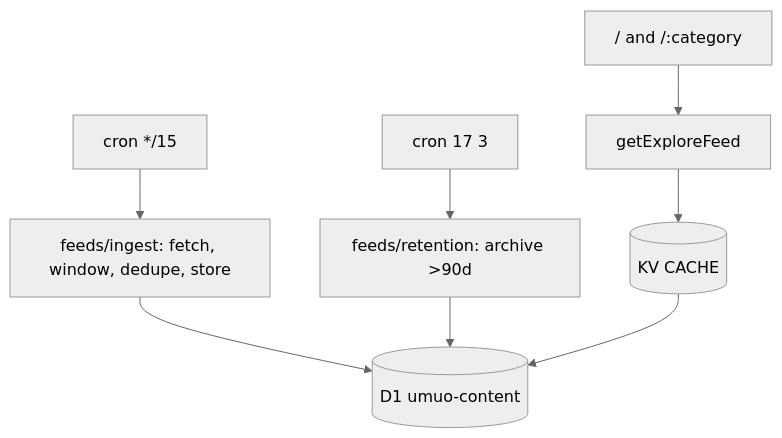
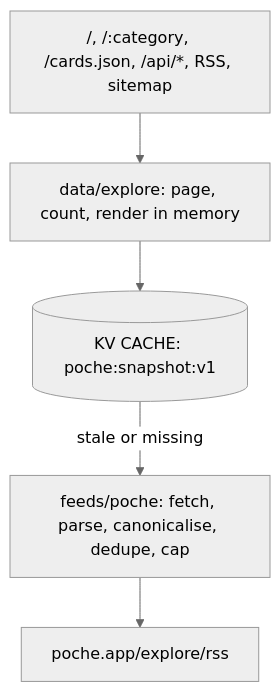
Before and after one commit to youming-ai/ai: the diagram in AGENTS.md, drawn with Mermaid (neutral theme). The commit also changed other lines of this file and 83 other files, not shown here.

First line of the commit message:
refactor: drop D1 and serve Poche Explore from one KV snapshot (#185)

````diff
--- a/AGENTS.md
+++ b/AGENTS.md
@@ -11,9 +11,7 @@
 ```mermaid
 graph TD
-  Cron["cron */15"] --> Ingest[feeds/ingest: fetch, window, dedupe, store]
-  Ingest --> D1[(D1 umuo-content)]
-  Sweep["cron 17 3"] --> Retention[feeds/retention: archive >90d]
-  Retention --> D1
-
-  Home["/ and /:category"] --> Explore[getExploreFeed] --> KV1[(KV CACHE)] --> D1
+  Pages["/, /:category, /cards.json, /api/*, RSS, sitemap"] --> Explore[data/explore: page, count, render in memory]
+  Explore --> KV[(KV CACHE: poche:snapshot:v1)]
+  KV -- "stale or missing" --> Fetch[feeds/poche: fetch, parse, canonicalise, dedupe, cap]
+  Fetch --> Poche[poche.app/explore/rss]
 ```
````
